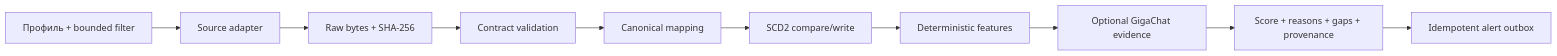
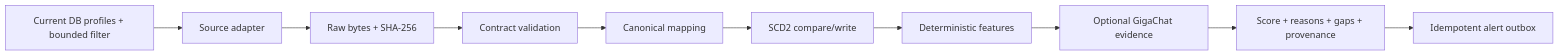
Before and after one commit to TBWTK/TenderPulse: the second of 2 diagrams in docs/ARCHITECTURE.md, drawn with Mermaid. The commit also changed other lines of this file and 16 other files, not shown here.

Commit message:
feat: drive ingestion from current profiles

````diff
--- a/docs/ARCHITECTURE.md
+++ b/docs/ARCHITECTURE.md
@@ -79,9 +84,9 @@
 ```mermaid
 flowchart LR
-  Filter["Профиль + bounded filter"] --> Fetch["Source adapter"]
+  Filter["Current DB profiles + bounded filter"] --> Fetch["Source adapter"]
   Fetch --> Hash["Raw bytes + SHA-256"] --> Validate["Contract validation"]
   Validate --> Normalize["Canonical mapping"] --> Version["SCD2 compare/write"]
   Version --> Match["Deterministic features"] --> Extract["Optional GigaChat evidence"]
   Extract --> Recommend["Score + reasons + gaps + provenance"]
   Recommend --> Outbox["Idempotent alert outbox"]
 ```
````
